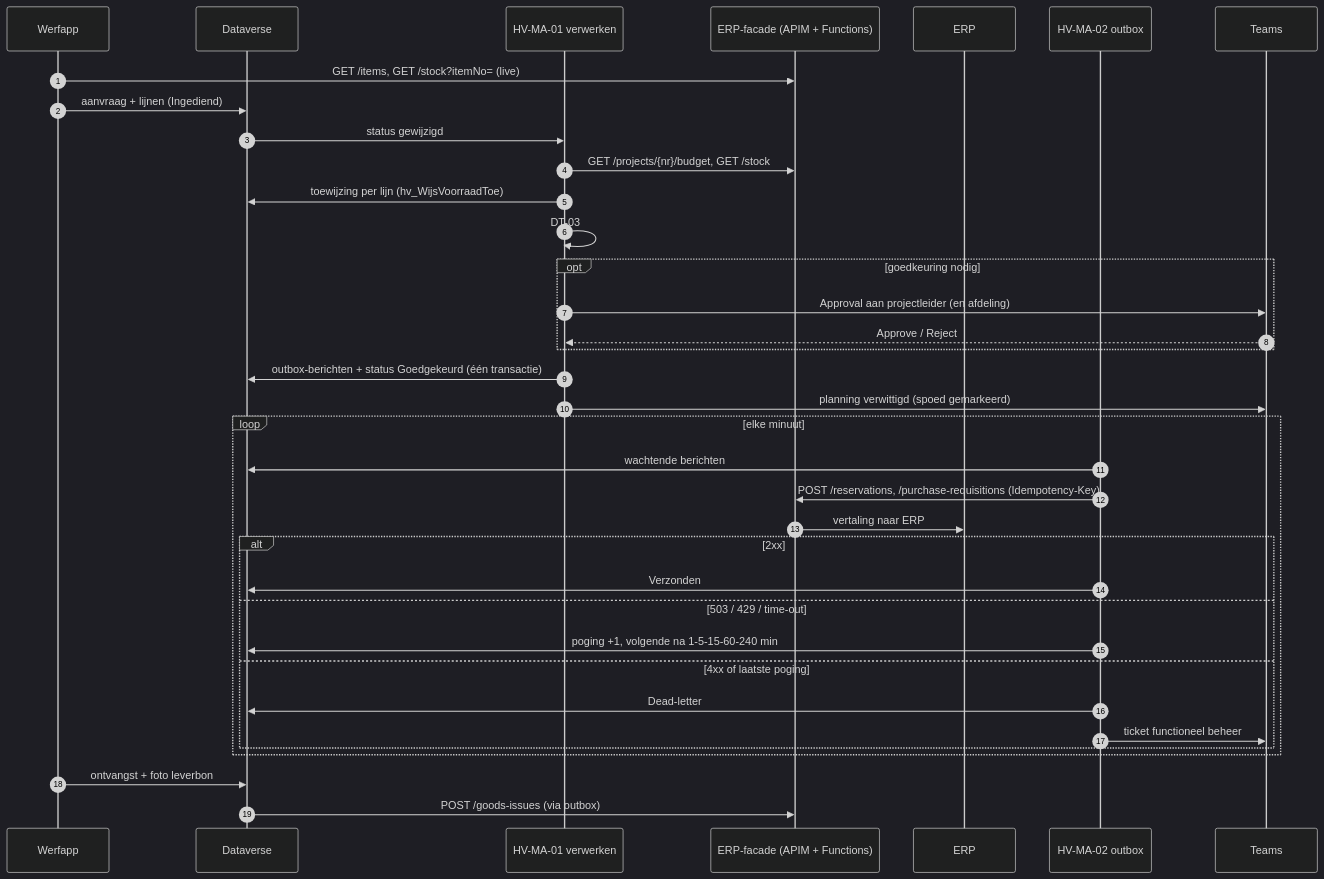
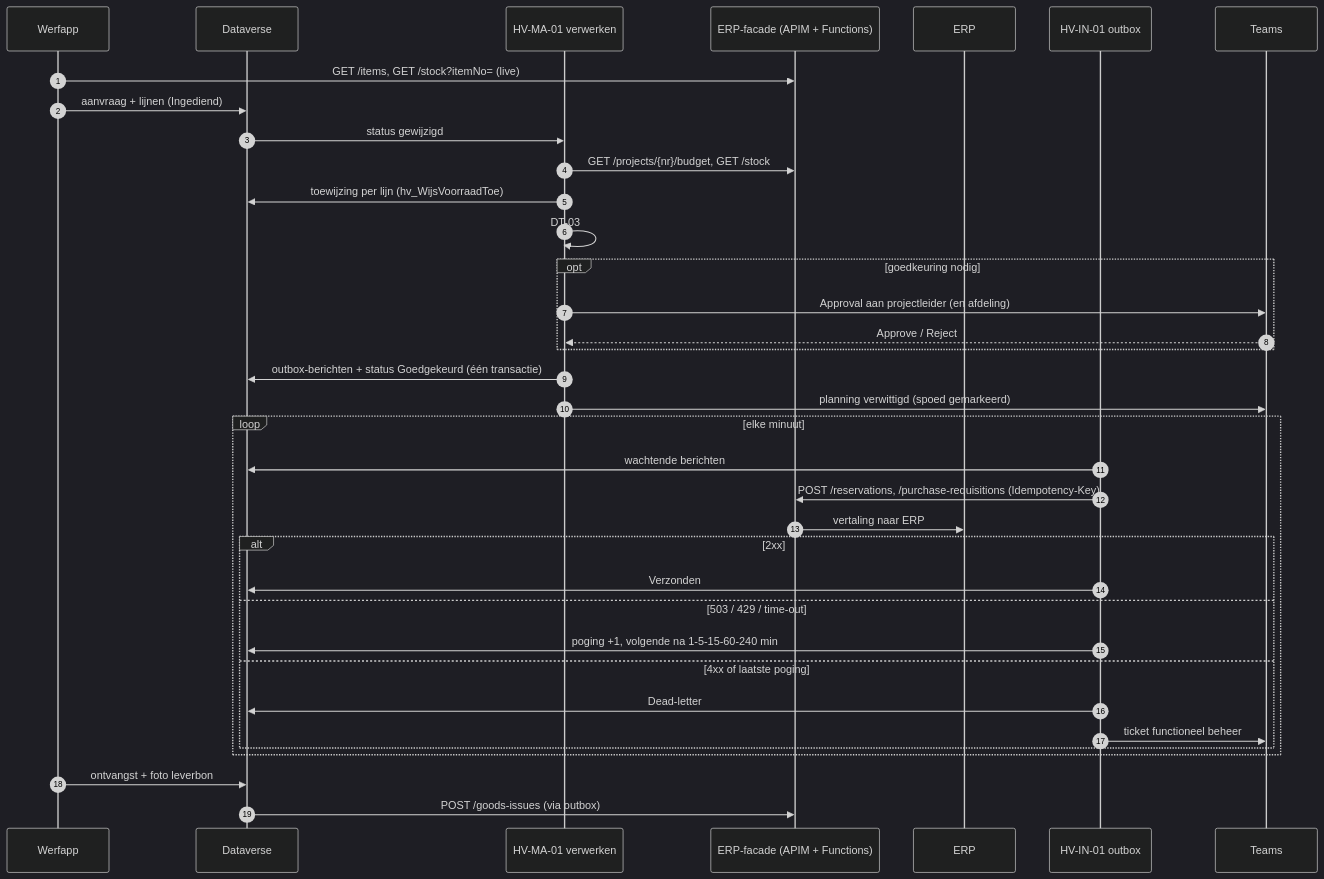
Before and after one commit to phlppgdfry/construction-digital-transformation: the diagram in 03-material-requests/05-integrate-automate.md, drawn with Mermaid (dark theme). The commit also changed 109 other files, not shown here.

````diff
--- a/03-material-requests/05-integrate-automate.md
+++ b/03-material-requests/05-integrate-automate.md
@@ -5,38 +5,38 @@
 ```mermaid
 sequenceDiagram
   autonumber
   participant App as Werfapp
   participant DV as Dataverse
   participant F1 as HV-MA-01 verwerken
   participant API as ERP-facade (APIM + Functions)
   participant ERP as ERP
-  participant F2 as HV-MA-02 outbox
+  participant F2 as HV-IN-01 outbox
   participant T as Teams
   App->>API: GET /items, GET /stock?itemNo= (live)
   App->>DV: aanvraag + lijnen (Ingediend)
   DV->>F1: status gewijzigd
   F1->>API: GET /projects/{nr}/budget, GET /stock
   F1->>DV: toewijzing per lijn (hv_WijsVoorraadToe)
   F1->>F1: DT-03
   opt goedkeuring nodig
     F1->>T: Approval aan projectleider (en afdeling)
     T-->>F1: Approve / Reject
   end
   F1->>DV: outbox-berichten + status Goedgekeurd (één transactie)
   F1->>T: planning verwittigd (spoed gemarkeerd)
   loop elke minuut
     F2->>DV: wachtende berichten
     F2->>API: POST /reservations, /purchase-requisitions (Idempotency-Key)
     API->>ERP: vertaling naar ERP
     alt 2xx
       F2->>DV: Verzonden
     else 503 / 429 / time-out
       F2->>DV: poging +1, volgende na 1-5-15-60-240 min
     else 4xx of laatste poging
       F2->>DV: Dead-letter
       F2->>T: ticket functioneel beheer
     end
   end
   App->>DV: ontvangst + foto leverbon
   DV->>API: POST /goods-issues (via outbox)
 ```
````
